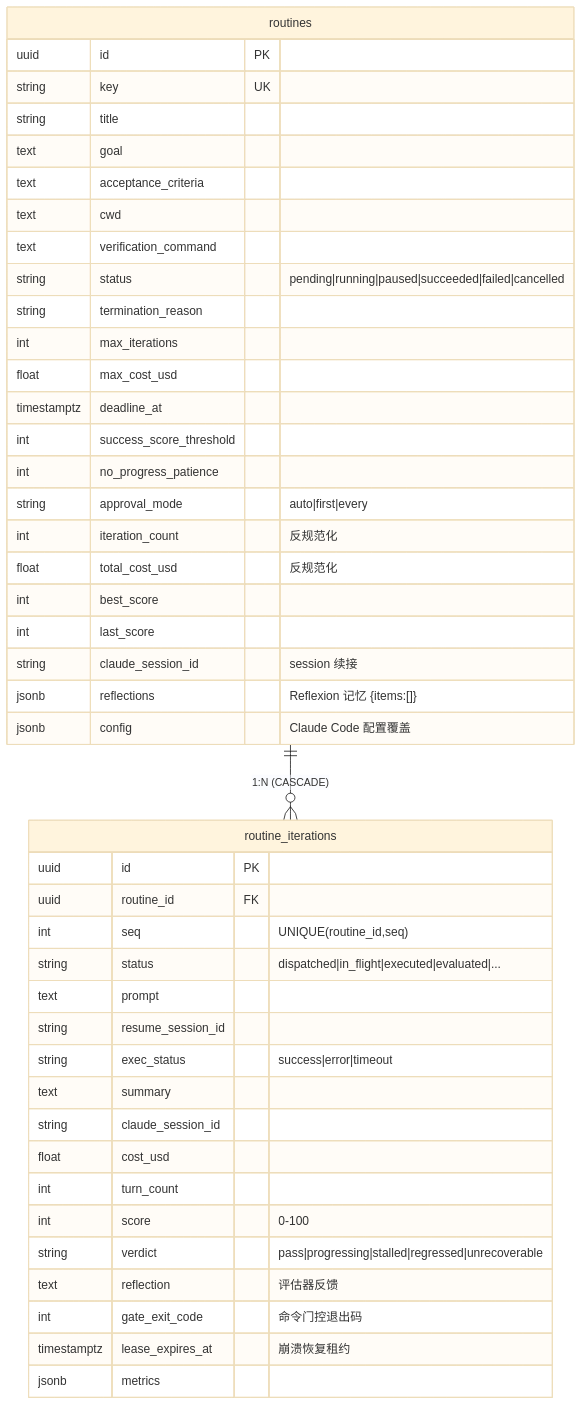
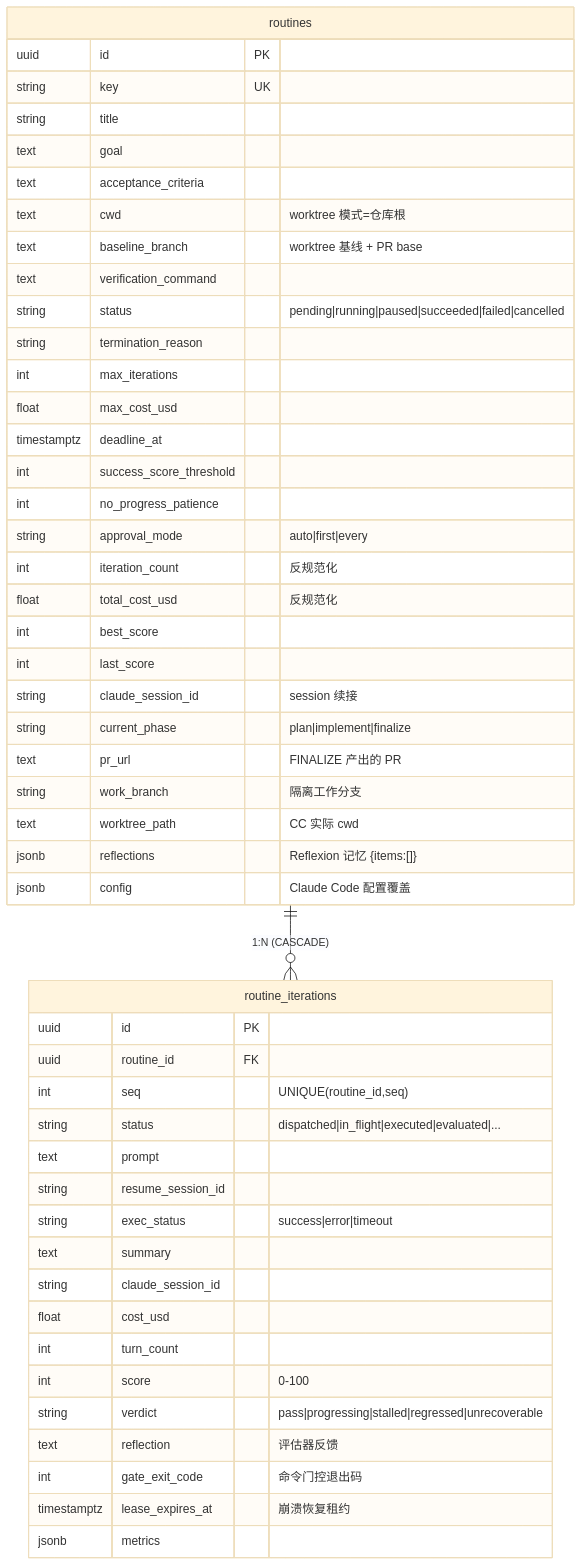
Before and after one commit to ThreeFish-AI/negentropy: the second of 6 diagrams in docs/concepts/039-the-routine-system.md, drawn with Mermaid (base theme). The commit also changed other lines of this file and 16 other files, not shown here.

````diff
--- a/docs/concepts/039-the-routine-system.md
+++ b/docs/concepts/039-the-routine-system.md
@@ -94,49 +94,54 @@
 ```mermaid
 erDiagram
     routines ||--o{ routine_iterations : "1:N (CASCADE)"
 
     routines {
         uuid id PK
         string key UK
         string title
         text goal
         text acceptance_criteria
-        text cwd
+        text cwd "worktree 模式=仓库根"
+        text baseline_branch "worktree 基线 + PR base"
         text verification_command
         string status "pending|running|paused|succeeded|failed|cancelled"
         string termination_reason
         int max_iterations
         float max_cost_usd
         timestamptz deadline_at
         int success_score_threshold
         int no_progress_patience
         string approval_mode "auto|first|every"
         int iteration_count "反规范化"
         float total_cost_usd "反规范化"
         int best_score
         int last_score
         string claude_session_id "session 续接"
+        string current_phase "plan|implement|finalize"
+        text pr_url "FINALIZE 产出的 PR"
+        string work_branch "隔离工作分支"
+        text worktree_path "CC 实际 cwd"
         jsonb reflections "Reflexion 记忆 {items:[]}"
         jsonb config "Claude Code 配置覆盖"
     }
 
     routine_iterations {
         uuid id PK
         uuid routine_id FK
         int seq "UNIQUE(routine_id,seq)"
         string status "dispatched|in_flight|executed|evaluated|..."
         text prompt
         string resume_session_id
         string exec_status "success|error|timeout"
         text summary
         string claude_session_id
         float cost_usd
         int turn_count
         int score "0-100"
         string verdict "pass|progressing|stalled|regressed|unrecoverable"
         text reflection "评估器反馈"
         int gate_exit_code "命令门控退出码"
         timestamptz lease_expires_at "崩溃恢复租约"
         jsonb metrics
     }
 ```
````
